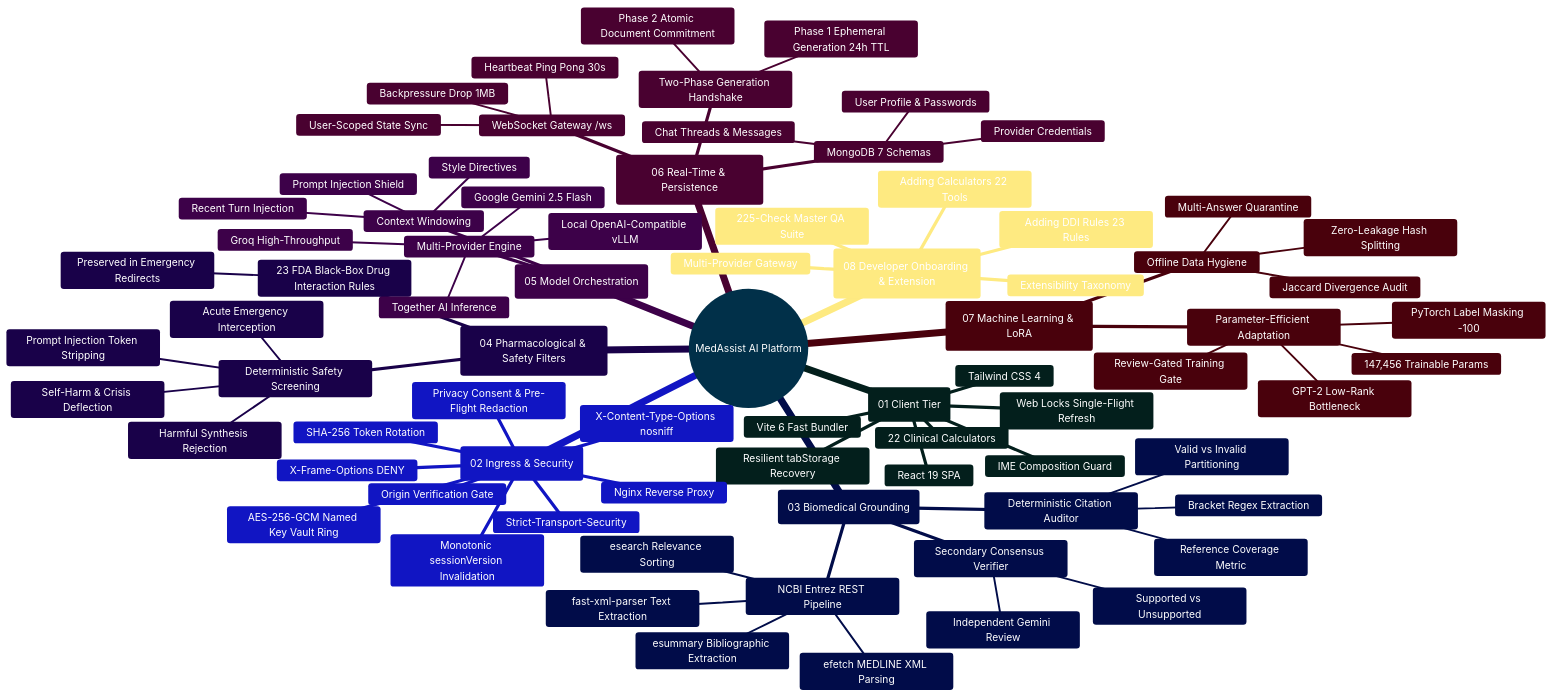
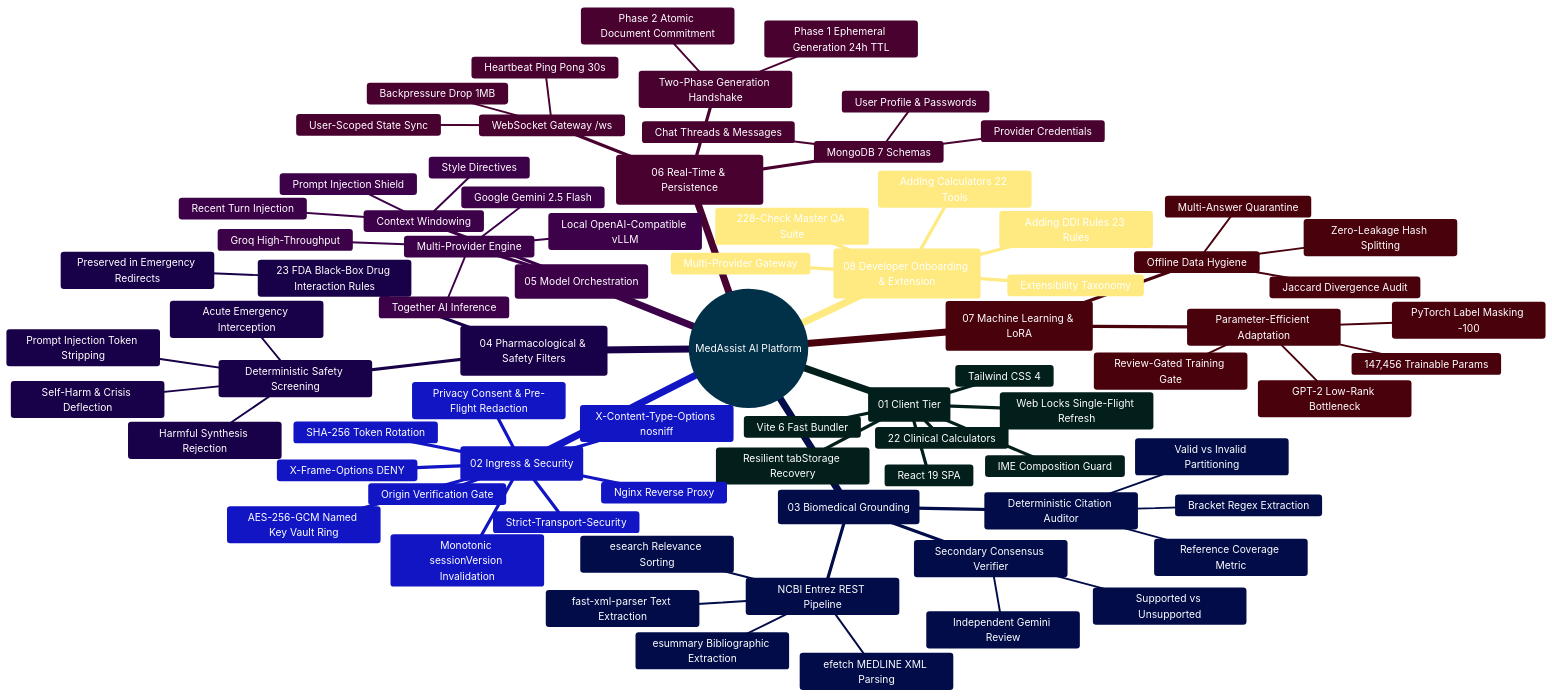
One commit to Ganesh172919/React-App-LLM changed the first of 2 diagrams in docs/README.md. Above: the diagram before and after it, drawn with Mermaid. The commit also changed other lines of this file and 32 other files, not shown here.

````diff
--- a/docs/README.md
+++ b/docs/README.md
@@ -178,5 +178,5 @@
       Adding DDI Rules 23 Rules
       Adding Calculators 22 Tools
       Multi-Provider Gateway
-      225-Check Master QA Suite
+      228-Check Master QA Suite
 ```
````
